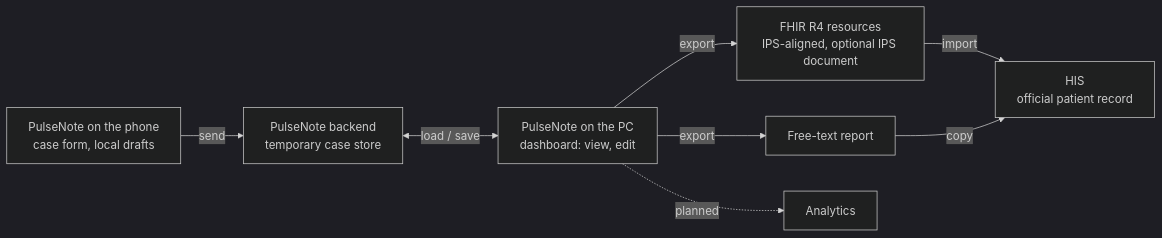
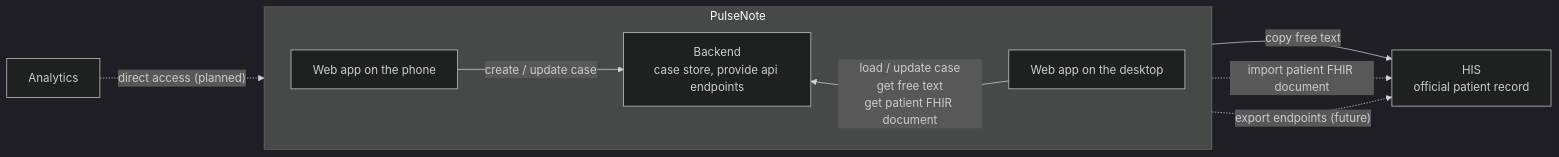
The first of 2 diagrams in README.md (christophriepe/pulsenote), drawn with Mermaid (dark theme) before and after one commit. The commit also changed other lines of this file and 1 other file, not shown here.

First line of the commit message:
Add FHIR & IPS guide and refine README workflow and API

````diff
--- a/README.md
+++ b/README.md
@@ -55,10 +56,19 @@
 ```mermaid
 flowchart LR
-    A[PulseNote on the phone<br/>case form, local drafts] -- send --> B[PulseNote backend<br/>temporary case store]
-    B <-- load / save --> E[PulseNote on the PC<br/>dashboard: view, edit]
-    E -- export --> C[FHIR R4 resources<br/>IPS-aligned, optional IPS document]
-    E -- export --> D[Free-text report]
-    C -- import --> H[HIS<br/>official patient record]
-    D -- copy --> H
-    E -. planned .-> F[Analytics]
+    subgraph PN [PulseNote]
+        direction LR
+        P[Web app on the phone]
+        B[Backend<br/>case store, provide api endpoints]
+        D[Web app on the desktop]
+    end
+    F[Analytics]
+    H[HIS<br/>official patient record]
+
+    P -- "create / update case" --> B
+    B ~~~ D
+    D -- "load / update case<br/>get free text<br/>get patient FHIR document" --> B
+    D -- "copy free text" --> H
+    D -. "import patient FHIR document" .-> H
+    B -. "export endpoints (future)" .-> H
+    F -. "direct access (planned)" .-> B
 ```
````
